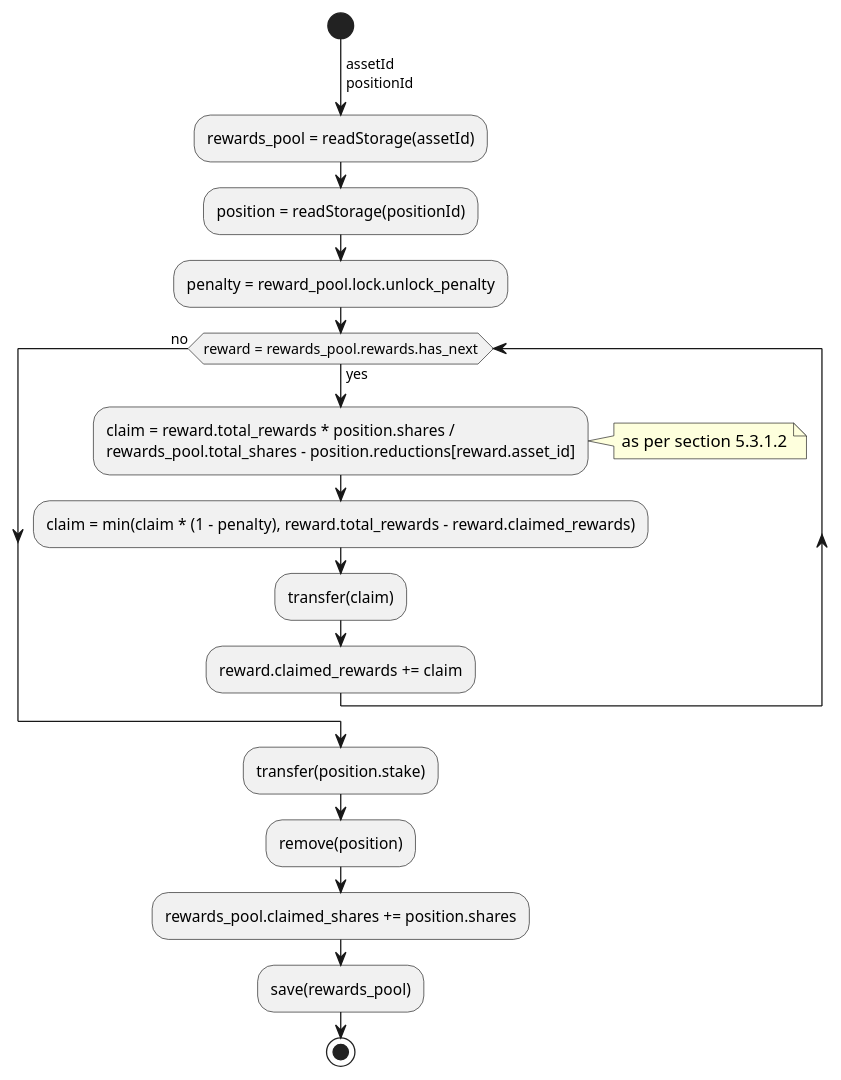
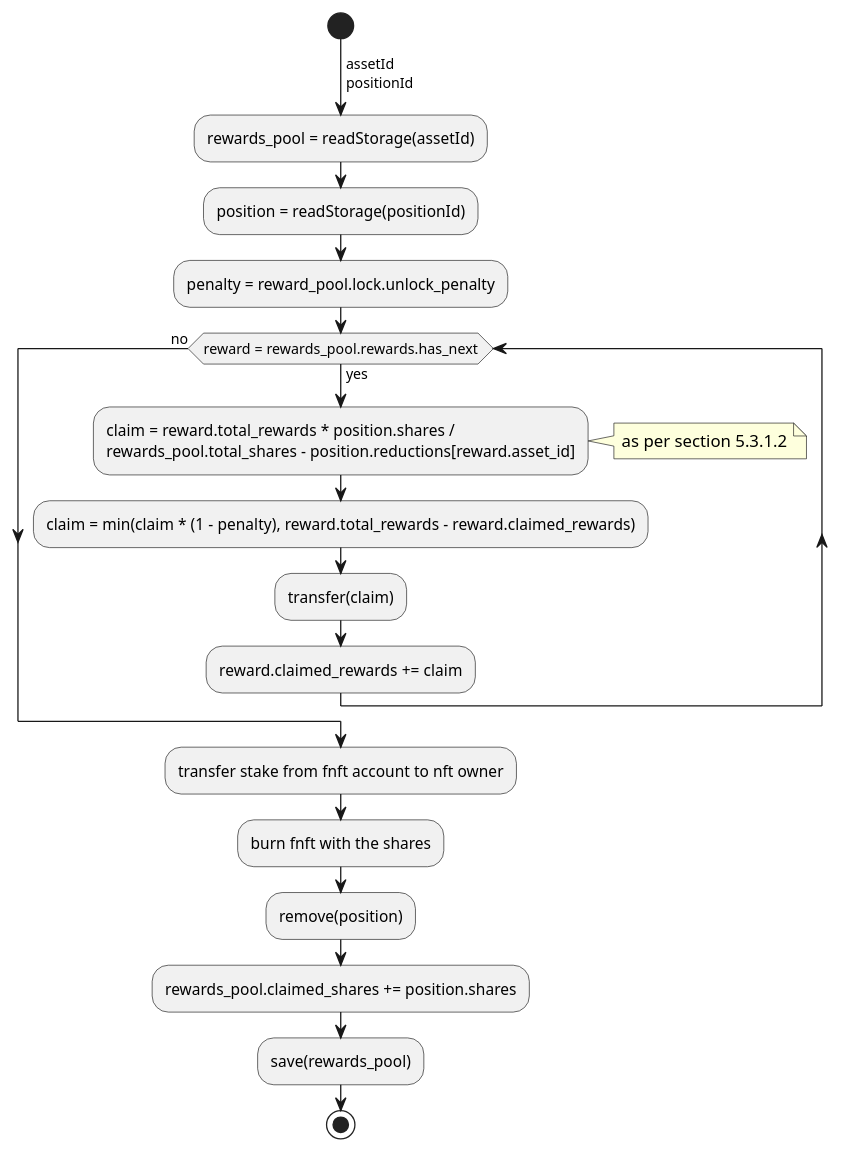
One commit to ComposableFi/composable changed the seventh of 9 diagrams in rfcs/0005-pablo-distribution-assets/0005-pablo-distribution.adoc. Above: the diagram before and after it, drawn with PlantUML. The commit also changed other lines of this file and 14 other files, not shown here.

```diff
--- a/rfcs/0005-pablo-distribution-assets/0005-pablo-distribution.adoc
+++ b/rfcs/0005-pablo-distribution-assets/0005-pablo-distribution.adoc
@@ -466,20 +480,21 @@
 [plantuml,images/claim,png]
 ----
 start
 ->assetId\npositionId;
 :rewards_pool = readStorage(assetId);
 :position = readStorage(positionId);
 :penalty = reward_pool.lock.unlock_penalty;
 while (reward = rewards_pool.rewards.has_next) is (yes)
     :claim = reward.total_rewards * position.shares /\nrewards_pool.total_shares - position.reductions[reward.asset_id];
     note right: as per section 5.3.1.2
     :claim = min(claim * (1 - penalty), reward.total_rewards - reward.claimed_rewards);
     :transfer(claim);
     :reward.claimed_rewards += claim;
 endwhile (no)
-:transfer(position.stake);
+:transfer stake from fnft account to nft owner;
+:burn fnft with the shares;
 :remove(position);
 :rewards_pool.claimed_shares += position.shares;
 :save(rewards_pool);
 stop
 ----
```
